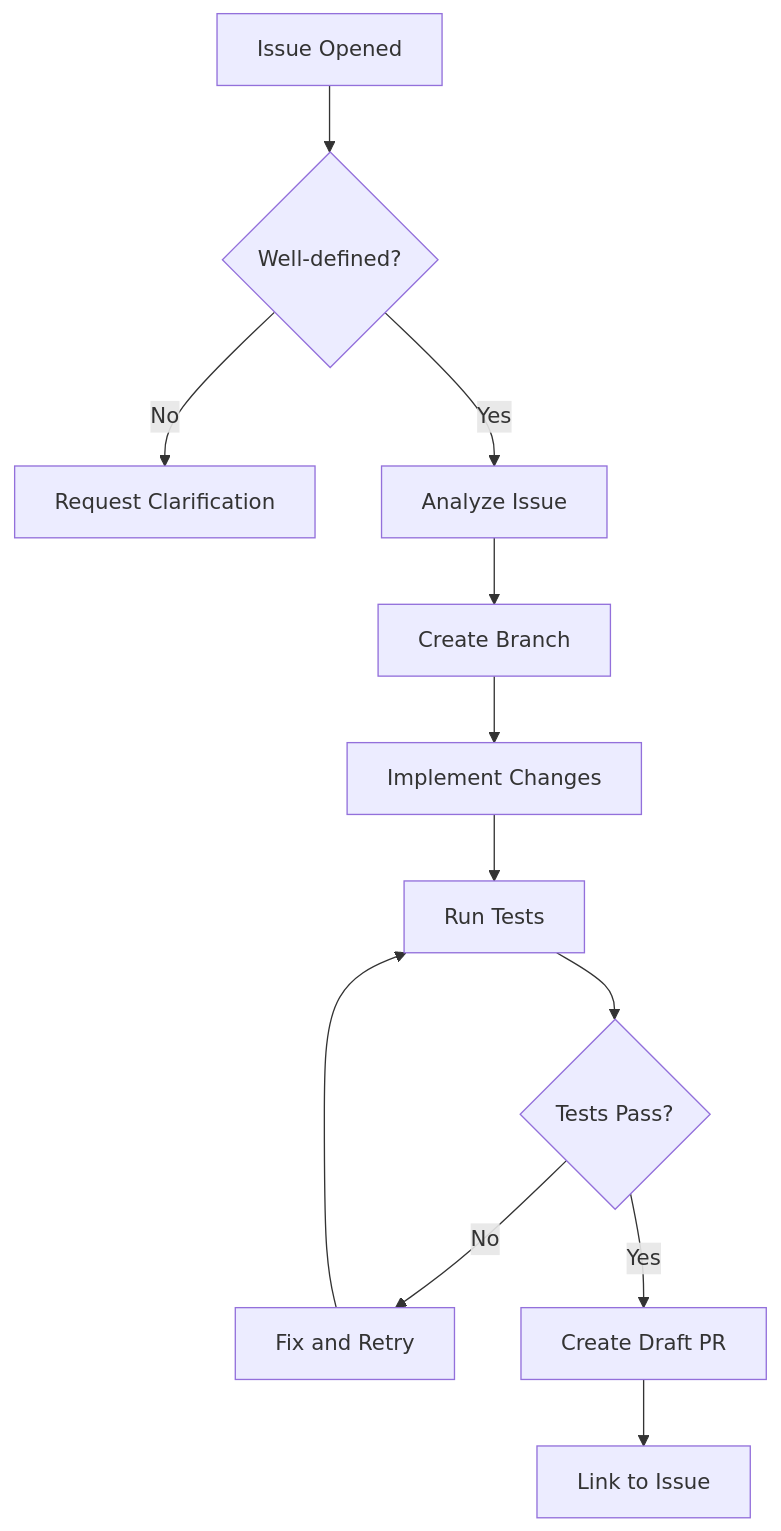
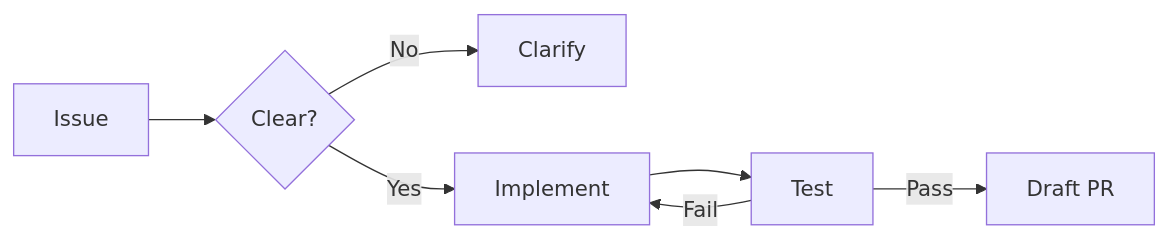
Before and after one commit to ambient-code/reference: the diagram in docs/patterns/issue-to-pr.md, drawn with Mermaid. The commit also changed 8 other files, not shown here.

First line of the commit message:
docs: simplify mermaid diagrams for visual clarity (#17)

````diff
--- a/docs/patterns/issue-to-pr.md
+++ b/docs/patterns/issue-to-pr.md
@@ -53,14 +53,9 @@
 ```mermaid
-flowchart TD
-    A[Issue Opened] --> B{Well-defined?}
-    B -->|No| C[Request Clarification]
-    B -->|Yes| D[Analyze Issue]
-    D --> E[Create Branch]
-    E --> F[Implement Changes]
-    F --> G[Run Tests]
-    G --> H{Tests Pass?}
-    H -->|No| I[Fix and Retry]
-    I --> G
-    H -->|Yes| J[Create Draft PR]
-    J --> K[Link to Issue]
+flowchart LR
+    A[Issue] --> B{Clear?}
+    B -->|No| C[Clarify]
+    B -->|Yes| D[Implement]
+    D --> E[Test]
+    E -->|Fail| D
+    E -->|Pass| F[Draft PR]
 ```
````
